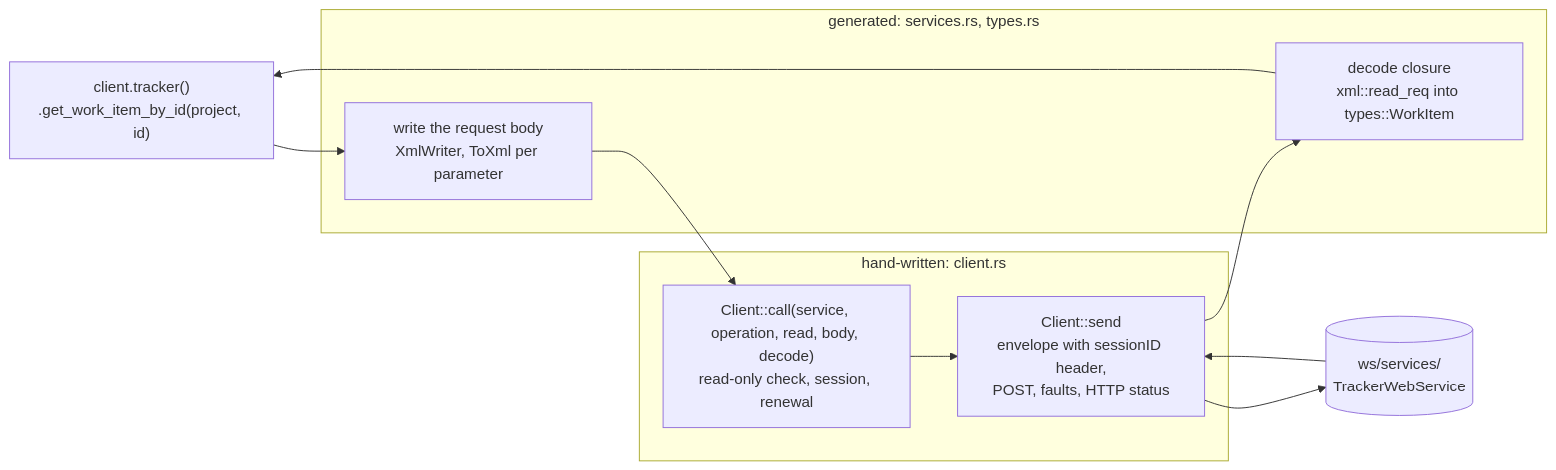
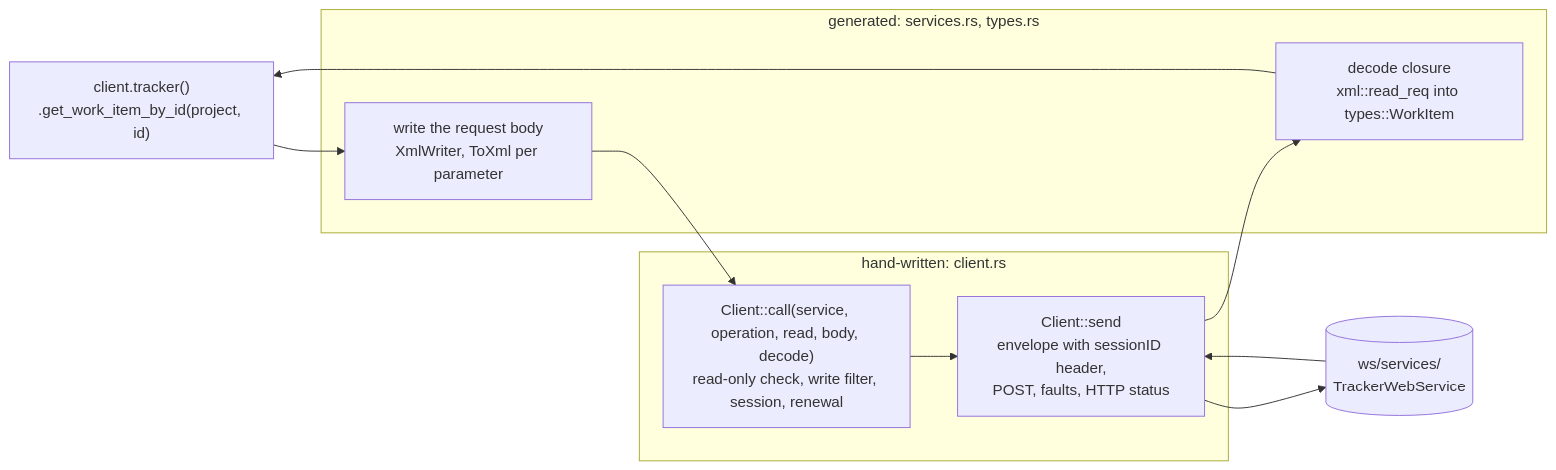
One commit to KevinGliewe/Polarion-rs changed the first of 3 diagrams in docs/soap-client.md. Above: the diagram before and after it, drawn with Mermaid. The commit also changed other lines of this file and 210 other files, not shown here.

````diff
--- a/docs/soap-client.md
+++ b/docs/soap-client.md
@@ -11,17 +12,17 @@
 ```mermaid
 flowchart LR
     caller["client.tracker()<br/>.get_work_item_by_id(project, id)"]
     subgraph generated["generated: services.rs, types.rs"]
         body["write the request body<br/>XmlWriter, ToXml per parameter"]
         decode["decode closure<br/>xml::read_req into types::WorkItem"]
     end
     subgraph runtime["hand-written: client.rs"]
-        rcall["Client::call(service, operation, read, body, decode)<br/>read-only check, session, renewal"]
+        rcall["Client::call(service, operation, read, body, decode)<br/>read-only check, write filter, session, renewal"]
         rsend["Client::send<br/>envelope with sessionID header,<br/>POST, faults, HTTP status"]
     end
     server[("ws/services/<br/>TrackerWebService")]
 
     caller --> body --> rcall --> rsend --> server
     server --> rsend
     rsend --> decode --> caller
 ```
````
